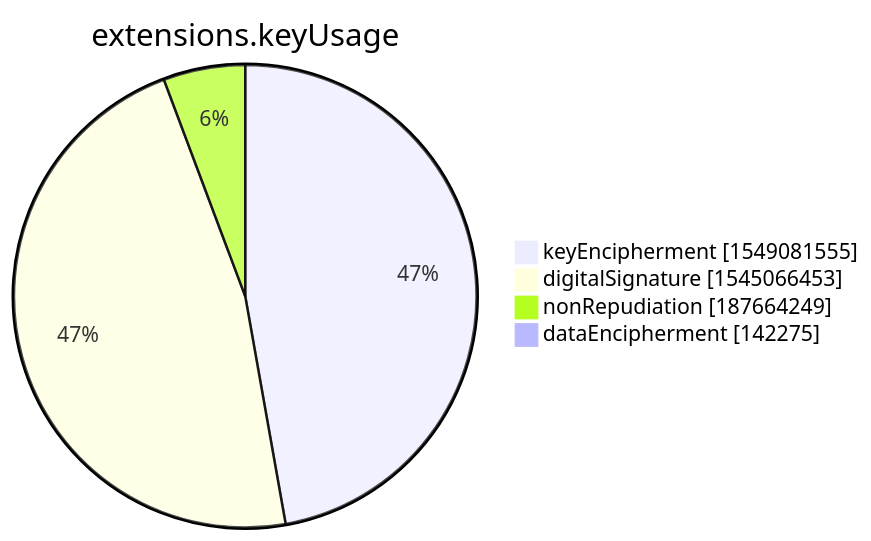
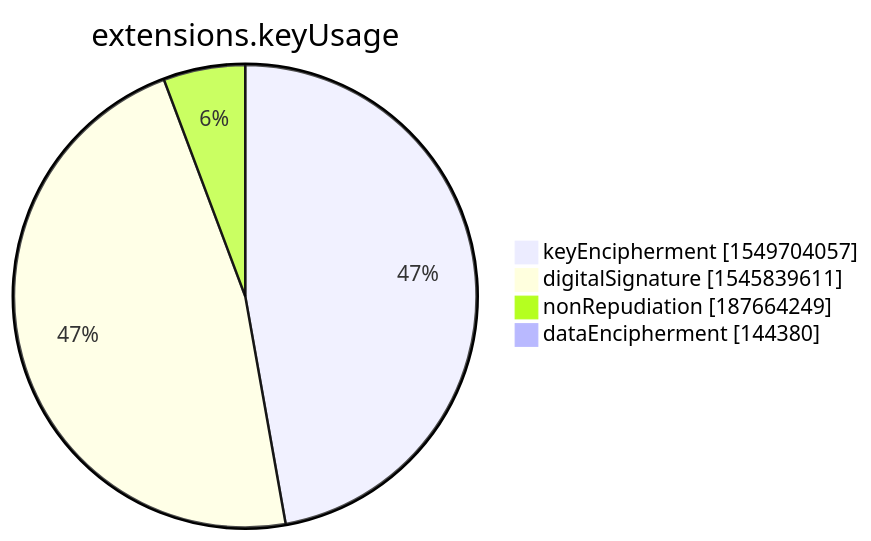
Before and after one commit to christiankrug/ctmonitor_visualization: the seventh of 15 diagrams in xenon2022/README.md, drawn with Mermaid. The commit also changed other lines of this file, not shown here.

````diff
--- a/xenon2022/README.md
+++ b/xenon2022/README.md
@@ -2851,8 +2851,8 @@
 ```mermaid
 pie showData
 title extensions.keyUsage
-"keyEncipherment" :1549081555
-"digitalSignature" :1545066453
+"keyEncipherment" :1549704057
+"digitalSignature" :1545839611
 "nonRepudiation" :187664249
-"dataEncipherment" :142275
+"dataEncipherment" :144380
 ```
````
